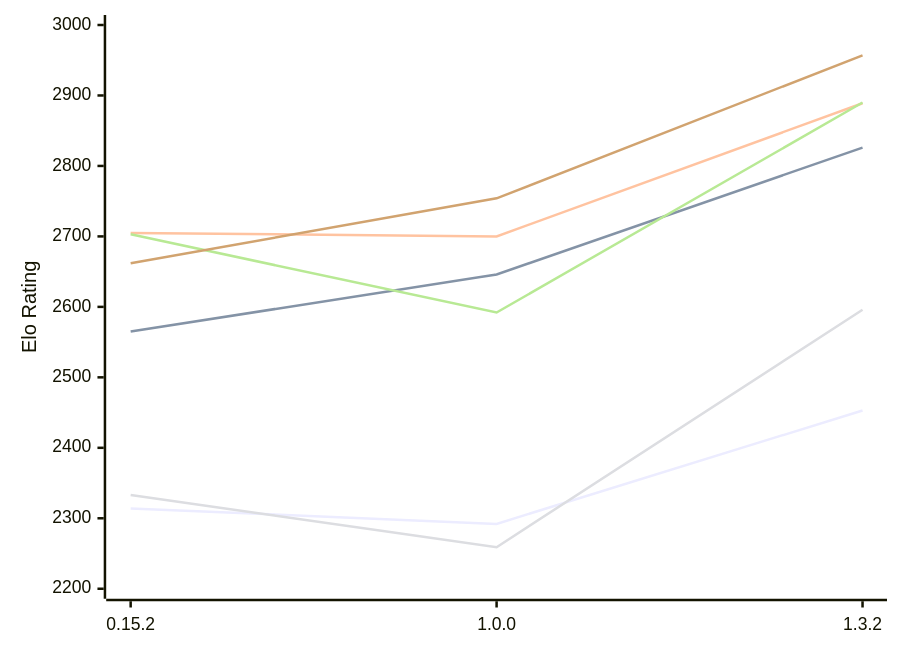
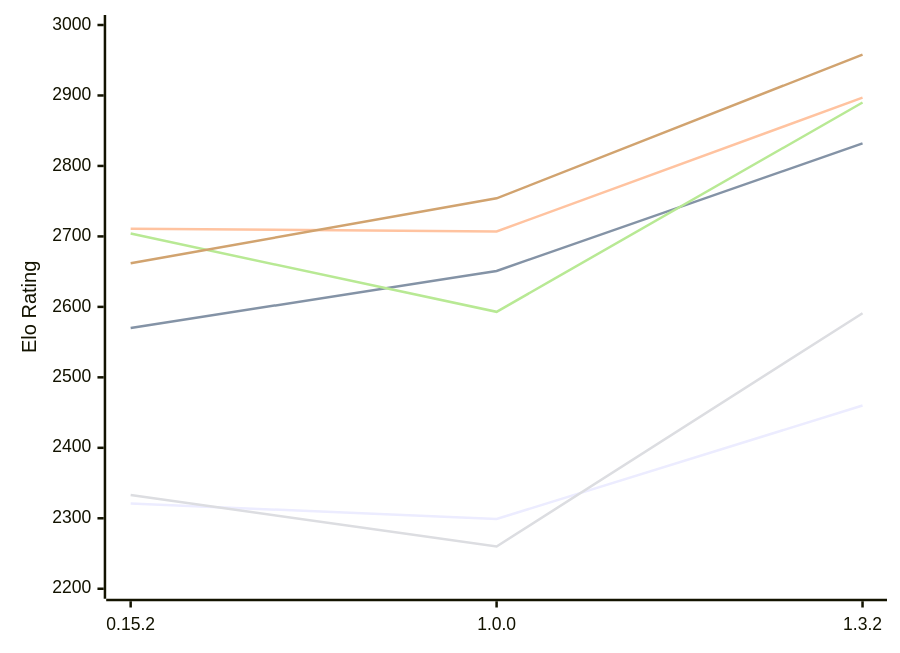
The diagram in engines/ElephantGambit.md (computer-chess-index/cci), drawn with Mermaid before and after one commit. The commit also changed other lines of this file, not shown here.

Commit message:
Update CCI Ratings (ELO VLTC) - 2026-11-10

````diff
--- a/engines/ElephantGambit.md
+++ b/engines/ElephantGambit.md
@@ -52,12 +52,12 @@
 ```mermaid
 %%{init: {"theme":"base","themeVariables":{"seriesColors:['#a3a3a3','#222221','#faa371']}}}%%
 xychart-beta
   x-axis ["0.15.2", "1.0.0", "1.3.2"]
   y-axis "Elo Rating" 2200 --> 3000
-  line "E1: STC (8.0+0.08s)" [2314, 2292, 2453]
-  line "E1: LTC (60.0+0.60s)" [2565, 2646, 2826]
-  line "E1: VLTC (2m24s+1.12s)" [2705, 2700, 2889]
-  line "P1: STC (8.0+0.08s)" [2333, 2259, 2596]
-  line "P1: LTC (60.0+0.60s)" [2703, 2592, 2890]
-  line "P1: VLTC (2m24s+1.12s)" [2662, 2754, 2957]
+  line "E1: STC (8.0+0.08s)" [2321, 2299, 2460]
+  line "E1: LTC (60.0+0.60s)" [2570, 2651, 2832]
+  line "E1: VLTC (2m24s+1.12s)" [2711, 2707, 2897]
+  line "P1: STC (8.0+0.08s)" [2333, 2260, 2591]
+  line "P1: LTC (60.0+0.60s)" [2704, 2593, 2890]
+  line "P1: VLTC (2m24s+1.12s)" [2662, 2754, 2958]
 ```
````
